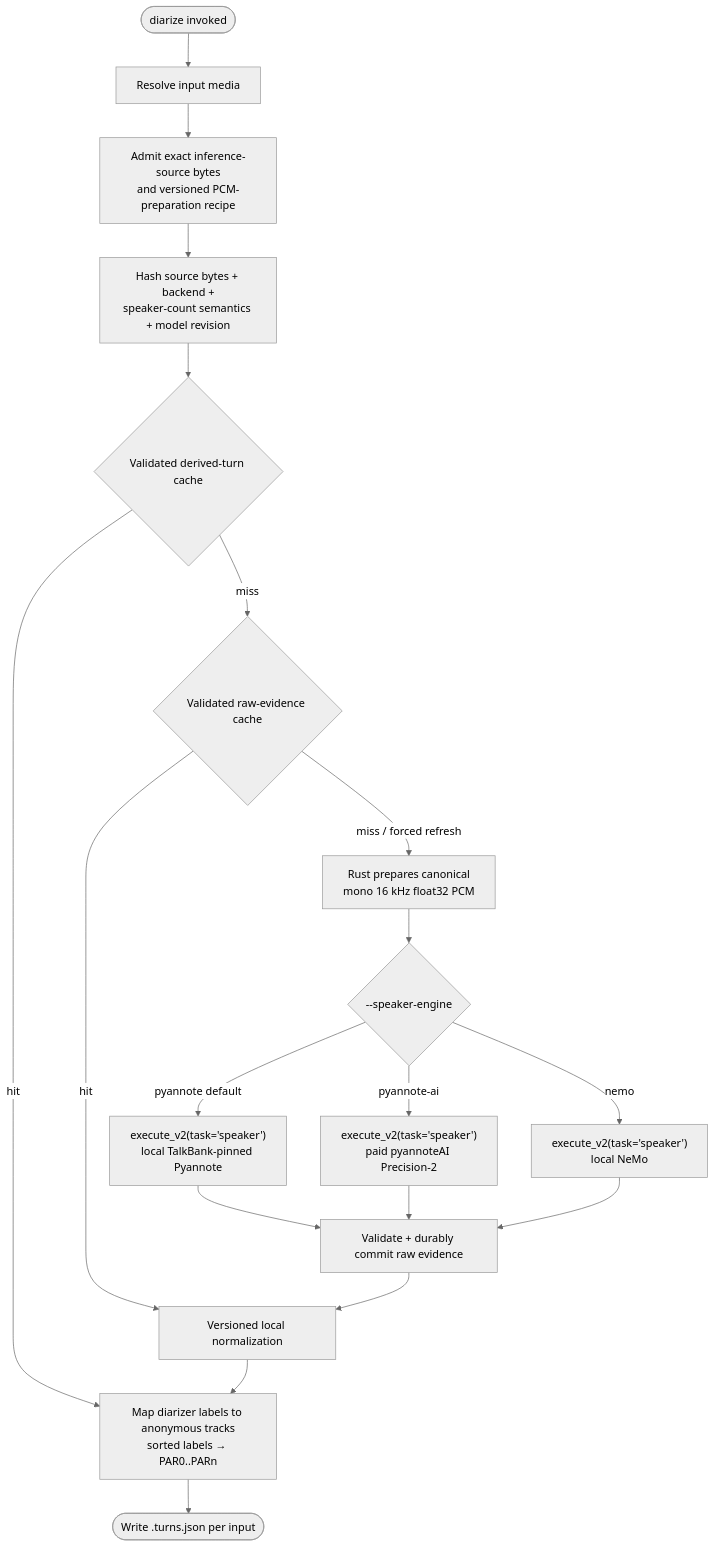
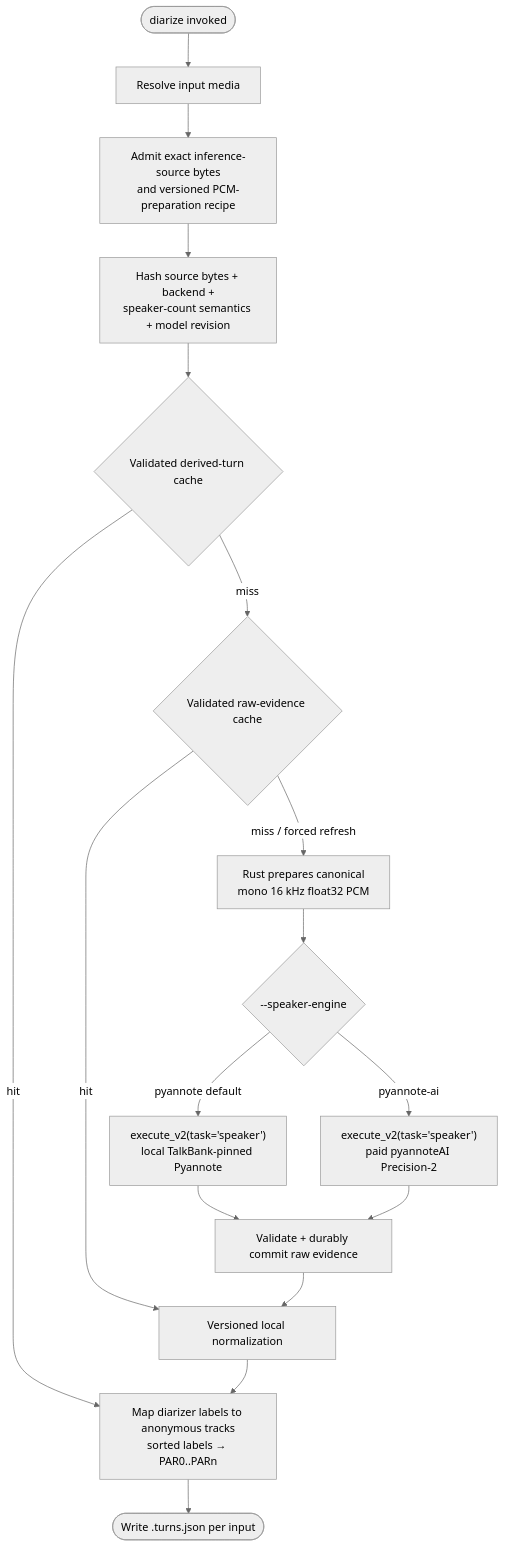
Before and after one commit to FranklinChen/talkbank-tools: the diagram in book/src/batchalign/user-guide/commands/diarize.md, drawn with Mermaid (neutral theme). The commit also changed other lines of this file and 523 other files, not shown here.

````diff
--- a/book/src/batchalign/user-guide/commands/diarize.md
+++ b/book/src/batchalign/user-guide/commands/diarize.md
@@ -90,21 +90,19 @@
 ```mermaid
 flowchart TD
     start([diarize invoked]) --> resolve[Resolve input media]
     resolve --> source[Admit exact inference-source bytes\nand versioned PCM-preparation recipe]
     source --> key[Hash source bytes + backend +\nspeaker-count semantics + model revision]
     key --> derived{Validated derived-turn cache}
     derived -->|hit| map
     derived -->|miss| raw{Validated raw-evidence cache}
     raw -->|hit| normalize[Versioned local normalization]
     raw -->|miss / forced refresh| pcm[Rust prepares canonical\nmono 16 kHz float32 PCM]
     pcm --> backend{--speaker-engine}
     backend -->|pyannote default| local["execute_v2(task='speaker')\nlocal TalkBank-pinned Pyannote"]
     backend -->|pyannote-ai| cloud["execute_v2(task='speaker')\npaid pyannoteAI Precision-2"]
-    backend -->|nemo| nemo["execute_v2(task='speaker')\nlocal NeMo"]
     local --> commit[Validate + durably commit raw evidence]
     cloud --> commit
-    nemo --> commit
     commit --> normalize
     normalize --> map[Map diarizer labels to anonymous tracks\nsorted labels → PAR0..PARn]
     map --> output([Write .turns.json per input])
 ```
````
